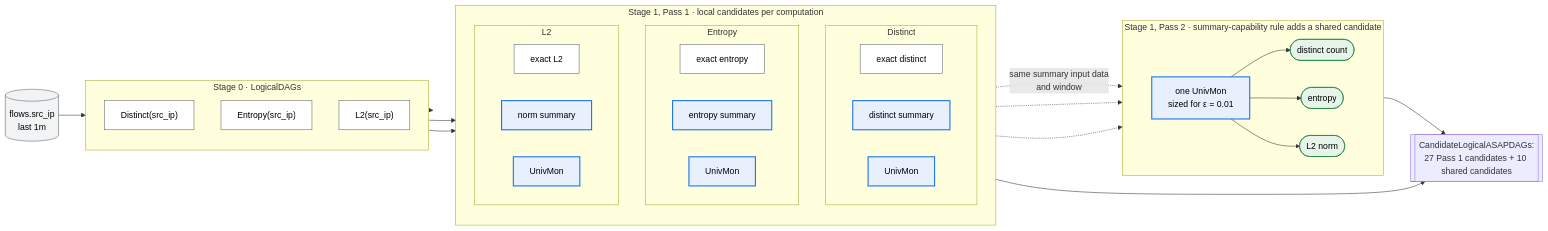
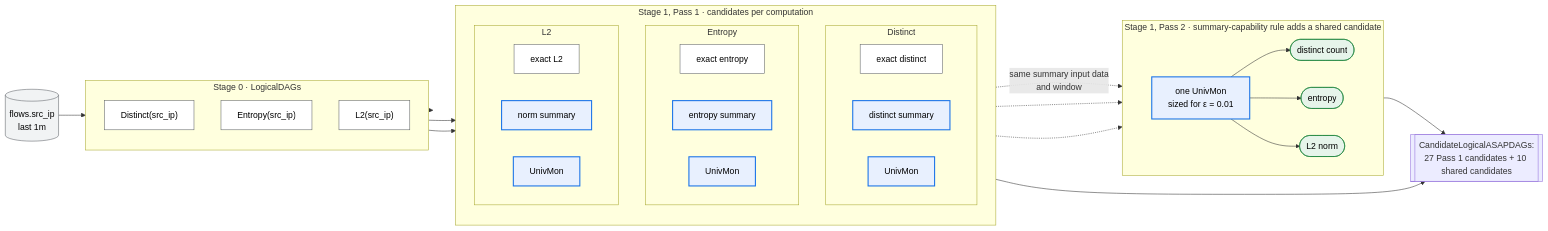
Diagram 11 of 16 in docs/design_docs/proposals/planner-layering.md (ProjectASAP/ASAPPlanner), drawn with Mermaid before and after one commit. The commit also changed other lines of this file and 3 other files, not shown here.

````diff
--- a/docs/design_docs/proposals/planner-layering.md
+++ b/docs/design_docs/proposals/planner-layering.md
@@ -766,57 +1175,57 @@
 ```mermaid
 flowchart LR
   in[("flows.src_ip<br/>last 1m")]:::data
 
   subgraph P0["Stage 0 · LogicalDAGs"]
     direction TB
     q1["Distinct(src_ip)"]:::exact
     q2["Entropy(src_ip)"]:::exact
     q3["L2(src_ip)"]:::exact
   end
 
-  subgraph P1["Stage 1, Pass 1 · local candidates per computation"]
+  subgraph P1["Stage 1, Pass 1 · candidates per computation"]
     direction TB
     subgraph D["Distinct"]
       direction LR
       d0["exact distinct"]:::exact
       d1["distinct summary"]:::summary
       d2["UnivMon"]:::summary
     end
     subgraph E["Entropy"]
       direction LR
       e0["exact entropy"]:::exact
       e1["entropy summary"]:::summary
       e2["UnivMon"]:::summary
     end
     subgraph L["L2"]
       direction LR
       l0["exact L2"]:::exact
       l1["norm summary"]:::summary
       l2["UnivMon"]:::summary
     end
   end
 
   subgraph P2["Stage 1, Pass 2 · summary-capability rule adds a shared candidate"]
     direction LR
     u["one UnivMon<br/>sized for ε = 0.01"]:::summary
     u --> rd(["distinct count"]):::estimate
     u --> re(["entropy"]):::estimate
     u --> rl(["L2 norm"]):::estimate
   end
 
   in --> P0
   q1 --> D
   q2 --> E
   q3 --> L
   d2 -. "same summary input data<br/>and window" .-> u
   e2 -.-> u
   l2 -.-> u
 
   OUT[["CandidateLogicalASAPDAGs:<br/>27 Pass 1 candidates + 10 shared candidates"]]
   P1 --> OUT
   P2 --> OUT
   classDef data fill:#f1f3f4,stroke:#5f6368,color:#000;
   classDef exact fill:#fff,stroke:#5f6368,color:#000;
   classDef summary fill:#e8f0fe,stroke:#1a73e8,stroke-width:2px,color:#000;
   classDef estimate fill:#e6f4ea,stroke:#188038,color:#000;
 ```
````
